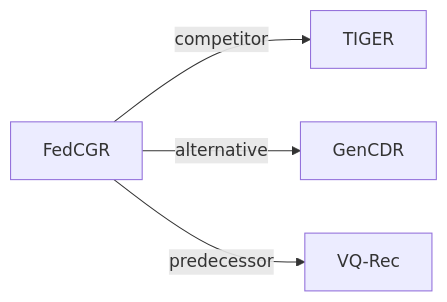
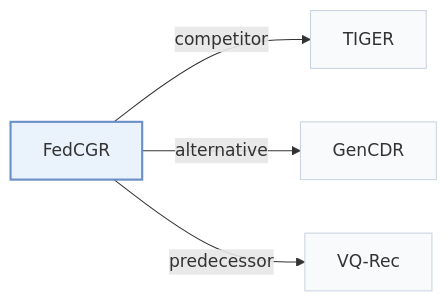
One commit to Galaxy-ghost/Awesome-SID-Generative-Rec changed the second of 2 diagrams in pages/papers/fedcgr.md. Above: the diagram before and after it, drawn with Mermaid. The commit also changed other lines of this file and 649 other files, not shown here.

Commit message:
writer-05: also tags and modality index (schema, check, build, visuals); summary field removed; calibration data for 12 papers

````diff
--- a/pages/papers/fedcgr.md
+++ b/pages/papers/fedcgr.md
@@ -68,7 +74,11 @@
 ```mermaid
 flowchart LR
     P["FedCGR"]
-    P -->|competitor| A["TIGER"]
-    P -->|alternative| B["GenCDR"]
-    P -->|predecessor| C["VQ-Rec"]
+    P -->|"competitor"| A["TIGER"]
+    P -->|"alternative"| B["GenCDR"]
+    P -->|"predecessor"| C["VQ-Rec"]
+    classDef main fill:#eaf2fb,stroke:#6b8fc7,stroke-width:2px
+    classDef peer fill:#f8fafc,stroke:#cbd5e1
+    class P main
+    class A,B,C peer
 ```
````
